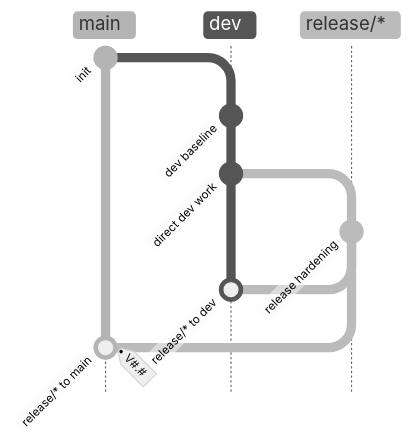
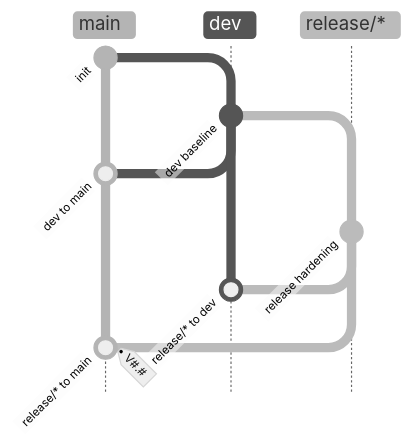
The diagram in configs/dev-release/contribution.md (ylang-ylang/gitguard), drawn with Mermaid (neutral theme) before and after one commit. The commit also changed other lines of this file and 11 other files, not shown here.

````diff
--- a/configs/dev-release/contribution.md
+++ b/configs/dev-release/contribution.md
@@ -3,17 +3,19 @@
 ```mermaid
 gitGraph TB:
     commit id:"init"
     branch dev
     checkout dev
     commit id:"dev baseline"
-    commit id:"direct dev work"
+    checkout main
+    merge dev id:"dev to main"
 
     %% Release from dev back to dev, then to main
+    checkout dev
     branch "release/*"
     checkout "release/*"
     commit id:"release hardening"
     checkout dev
     merge "release/*" id:"release/* to dev"
     checkout main
     merge "release/*" id:"release/* to main" tag:"V#.#"
 ```
````
